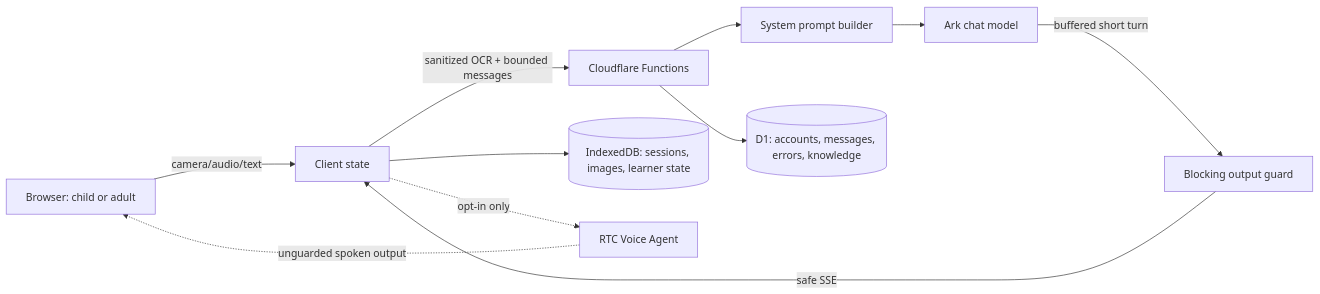
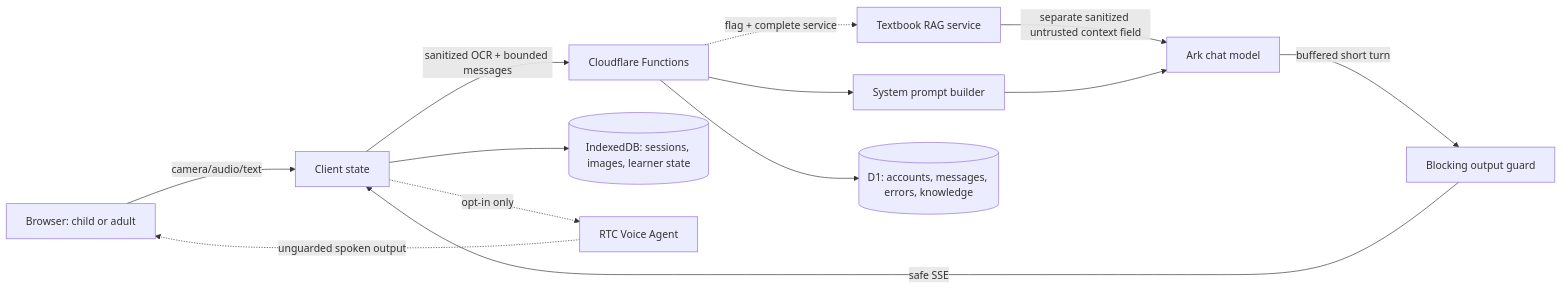
One commit to Jeffreyliu0131/thinkbud-ai changed the diagram in docs/ARCHITECTURE.md. Above: the diagram before and after it, drawn with Mermaid. The commit also changed other lines of this file and 18 other files, not shown here.

````diff
--- a/docs/ARCHITECTURE.md
+++ b/docs/ARCHITECTURE.md
@@ -7,13 +7,15 @@
 ```mermaid
 flowchart LR
   U[Browser: child or adult] -->|camera/audio/text| C[Client state]
   C -->|sanitized OCR + bounded messages| F[Cloudflare Functions]
   F --> P[System prompt builder]
+  F -. flag + complete service .-> K[Textbook RAG service]
+  K -->|separate sanitized untrusted context field| M
   P --> M[Ark chat model]
   M -->|buffered short turn| G[Blocking output guard]
   G -->|safe SSE| C
   F --> D[(D1: accounts, messages, errors, knowledge)]
   C --> I[(IndexedDB: sessions, images, learner state)]
   C -. opt-in only .-> R[RTC Voice Agent]
   R -. unguarded spoken output .-> U
 ```
````
